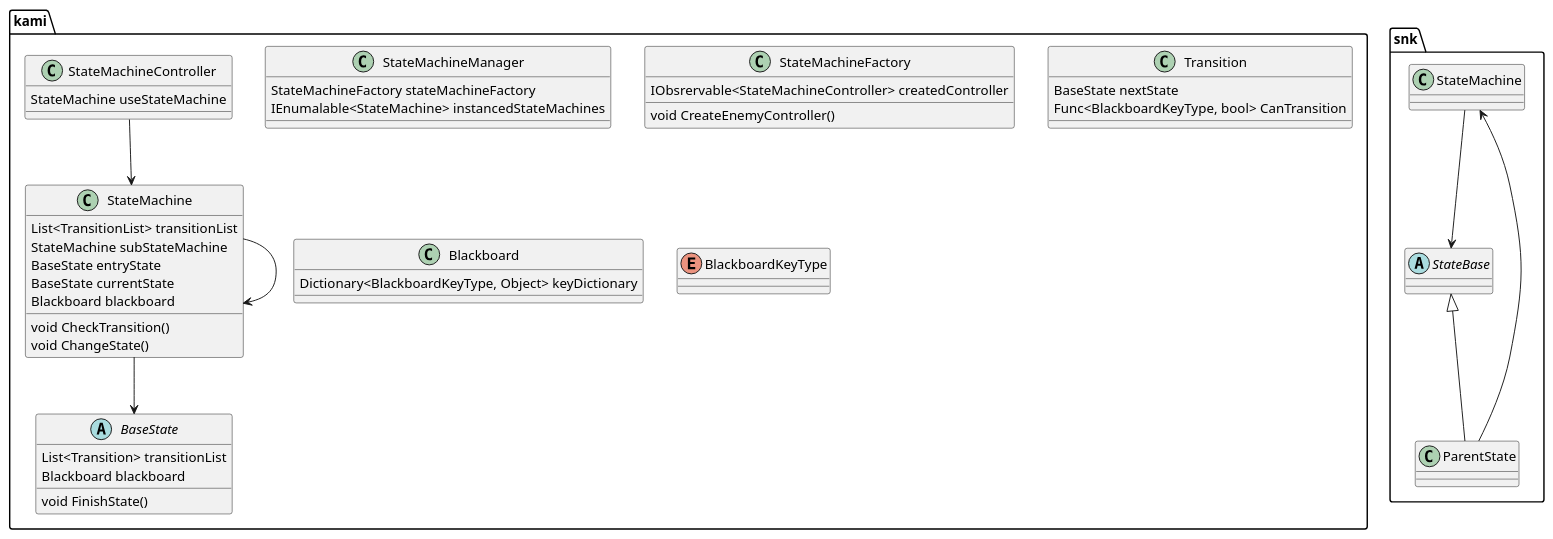
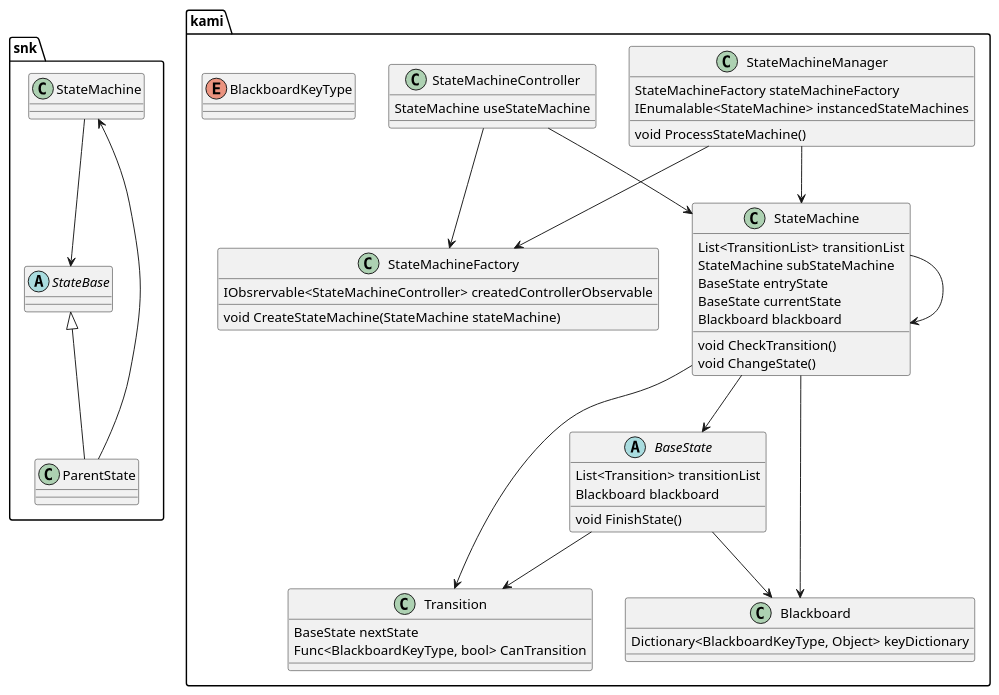
Before and after one commit to snsk0/TowerDefense: the diagram in ClassDiagrams/StateMachine.pu, drawn with PlantUML. The commit also changed 20 other files, not shown here.

```diff
--- a/ClassDiagrams/StateMachine.pu
+++ b/ClassDiagrams/StateMachine.pu
@@ -1,54 +1,62 @@
 @startuml StateMachine
 
 namespace snk{
     class StateMachine
     abstract class StateBase
     class ParentState
 
     StateMachine-->StateBase
     StateBase<|--ParentState
     ParentState-->StateMachine
 }
 
 namespace kami{
     class StateMachineManager{
         StateMachineFactory stateMachineFactory
-        IEnumalable<StateMachine> instancedStateMachines 
+        IEnumalable<StateMachine> instancedStateMachines
+        void ProcessStateMachine()
     }
     class StateMachineFactory{
-        IObsrervable<StateMachineController> createdController
-        void CreateEnemyController()
+        IObsrervable<StateMachineController> createdControllerObservable
+        void CreateStateMachine(StateMachine stateMachine)
     }
     abstract class BaseState{
         List<Transition> transitionList
         Blackboard blackboard
         void FinishState()
     }
     class StateMachine{
         List<TransitionList> transitionList
         StateMachine subStateMachine
         BaseState entryState
         BaseState currentState
         Blackboard blackboard
         void CheckTransition()
         void ChangeState()
     }
     class StateMachineController{
         StateMachine useStateMachine
     }
     class Transition{
         BaseState nextState
         Func<BlackboardKeyType, bool> CanTransition
     }
     class Blackboard{
         Dictionary<BlackboardKeyType, Object> keyDictionary
     }
     enum BlackboardKeyType
 
+    StateMachineManager-->StateMachineFactory
+    StateMachineManager-->StateMachine
+    StateMachineController-->StateMachineFactory
 
     StateMachineController-->StateMachine
     StateMachine-->StateMachine
     StateMachine-->BaseState
+    StateMachine-->Transition
+    StateMachine-->Blackboard
+    BaseState-->Transition
+    BaseState-->Blackboard
 }
 
 @enduml
```
